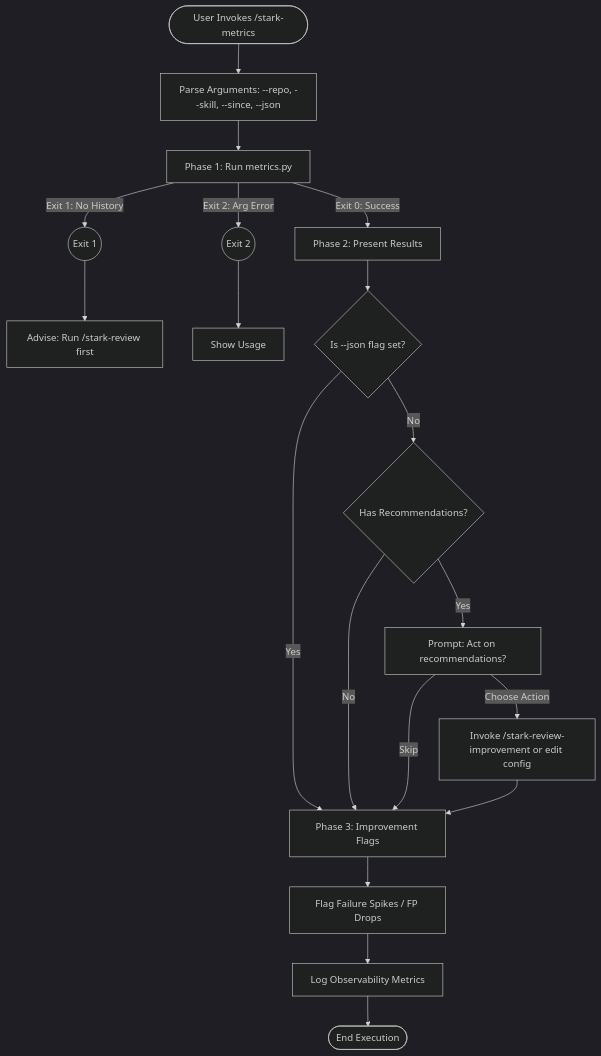
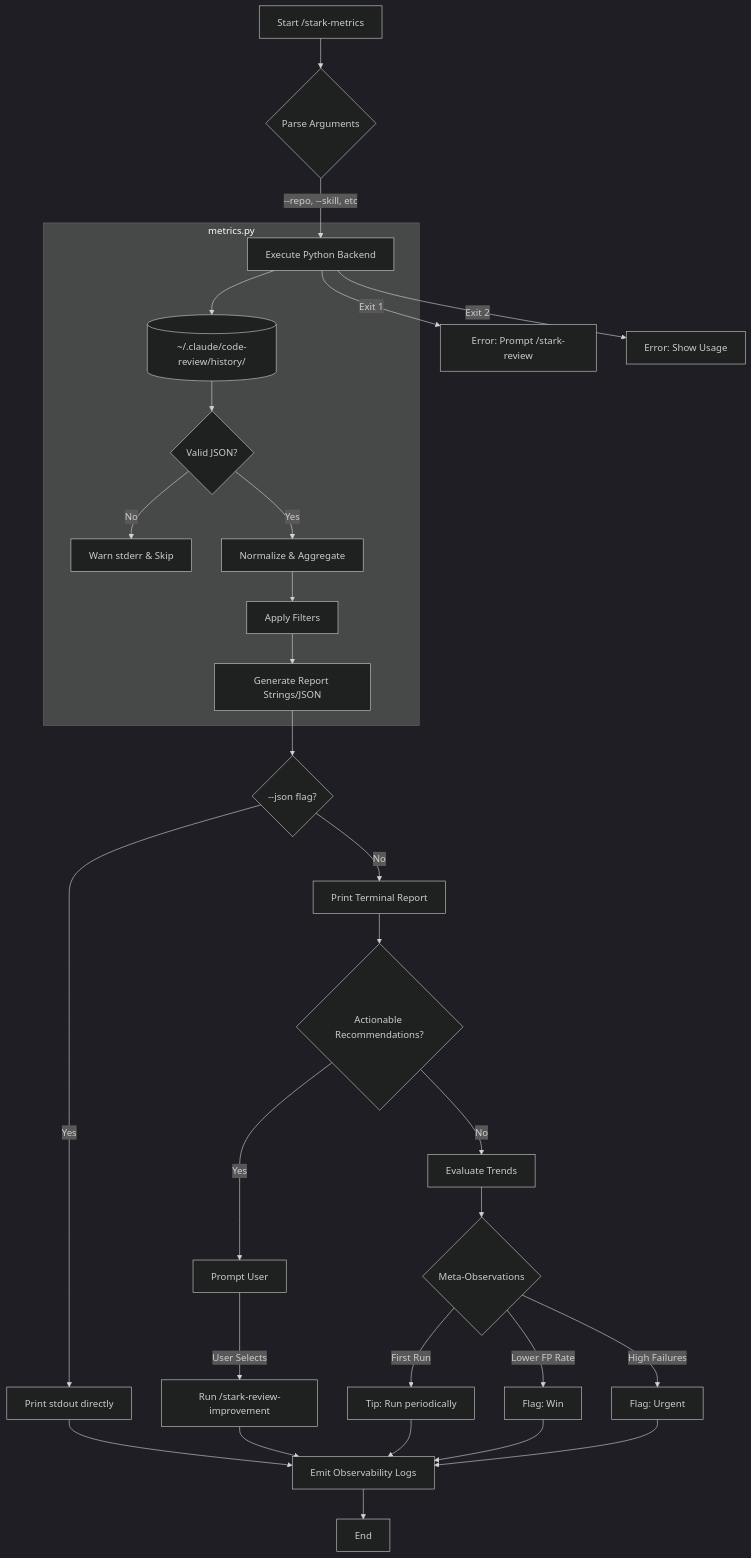
The diagram in docs/skills/stark-metrics/internals.md (21StarkCom/stark-skills), drawn with Mermaid (dark theme) before and after one commit. The commit also changed other lines of this file and 199 other files, not shown here.

Commit message:
feat: complete skill docs for all 19 skills — Mermaid + HTML viz + routing guide (#68) (#82)

````diff
--- a/docs/skills/stark-metrics/internals.md
+++ b/docs/skills/stark-metrics/internals.md
@@ -7,28 +7,38 @@
 ```mermaid
 graph TD
-  Start([User Invokes /stark-metrics]) --> ParseArgs[Parse Arguments: --repo, --skill, --since, --json]
-  ParseArgs --> RunScript[Phase 1: Run metrics.py]
+  A[Start /stark-metrics] --> B{Parse Arguments}
+  B -->|--repo, --skill, etc| C[Execute Python Backend]
   
-  RunScript -->|Exit 1: No History| Fail1((Exit 1))
-  Fail1 --> AdviseHistory[Advise: Run /stark-review first]
+  subgraph Python Engine [metrics.py]
+    C --> D[(~/.claude/code-review/history/)]
+    D --> E{Valid JSON?}
+    E -- No --> F[Warn stderr & Skip]
+    E -- Yes --> G[Normalize & Aggregate]
+    G --> H[Apply Filters]
+    H --> I[Generate Report Strings/JSON]
+  end
+
+  C -- Exit 1 --> J[Error: Prompt /stark-review]
+  C -- Exit 2 --> K[Error: Show Usage]
   
-  RunScript -->|Exit 2: Arg Error| Fail2((Exit 2))
-  Fail2 --> ShowUsage[Show Usage]
+  I --> L{--json flag?}
+  L -- Yes --> M[Print stdout directly]
+  L -- No --> N[Print Terminal Report]
   
-  RunScript -->|Exit 0: Success| Present[Phase 2: Present Results]
-
-  Present --> IsJson{Is --json flag set?}
-  IsJson -->|Yes| Meta[Phase 3: Improvement Flags]
-  IsJson -->|No| HasRecs{Has Recommendations?}
-
-  HasRecs -->|No| Meta
-  HasRecs -->|Yes| PromptUser[Prompt: Act on recommendations?]
-
-  PromptUser -->|Choose Action| Invoke[Invoke /stark-review-improvement or edit config]
-  PromptUser -->|Skip| Meta
-  Invoke --> Meta
-
-  Meta --> DetectSpikes[Flag Failure Spikes / FP Drops]
-  DetectSpikes --> Obs[Log Observability Metrics]
-  Obs --> End([End Execution])
+  N --> O{Actionable Recommendations?}
+  O -- Yes --> P[Prompt User]
+  P -- User Selects --> Q[Run /stark-review-improvement]
+  O -- No --> R[Evaluate Trends]
+  
+  R --> S{Meta-Observations}
+  S -- First Run --> T[Tip: Run periodically]
+  S -- Lower FP Rate --> U[Flag: Win]
+  S -- High Failures --> V[Flag: Urgent]
+  
+  M --> W[Emit Observability Logs]
+  Q --> W
+  T --> W
+  U --> W
+  V --> W
+  W --> X[End]
 ```
````
